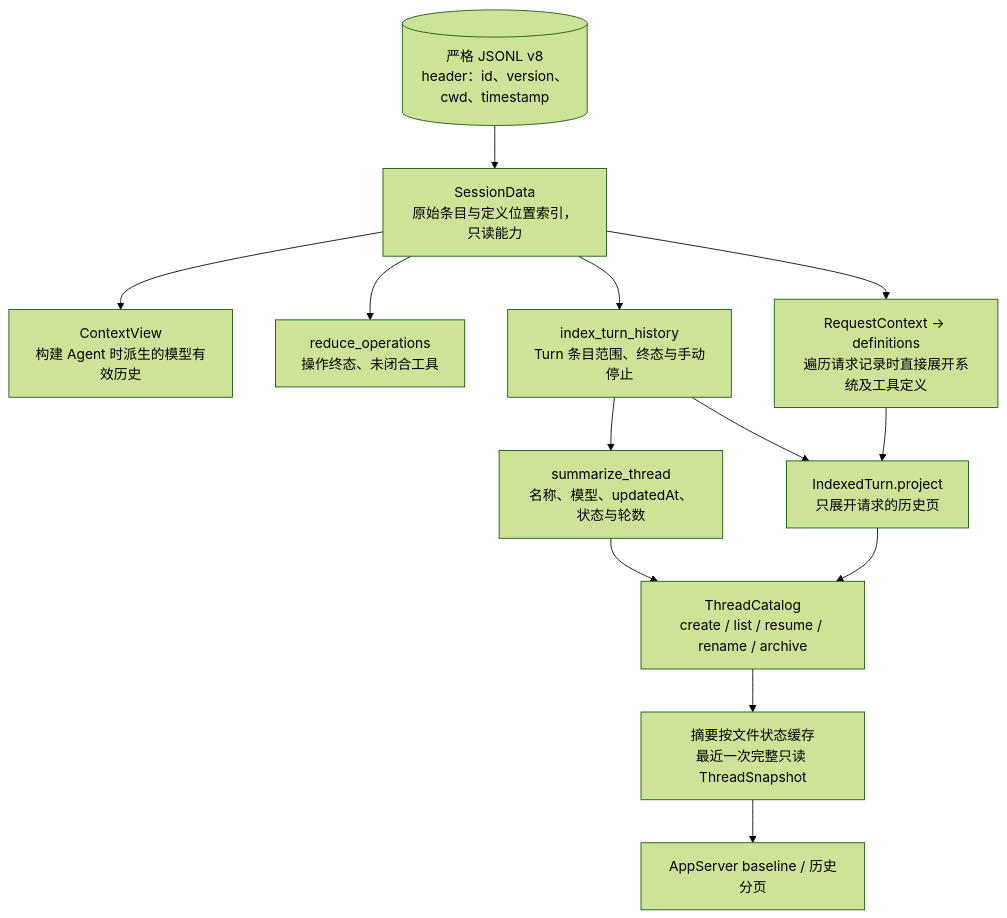
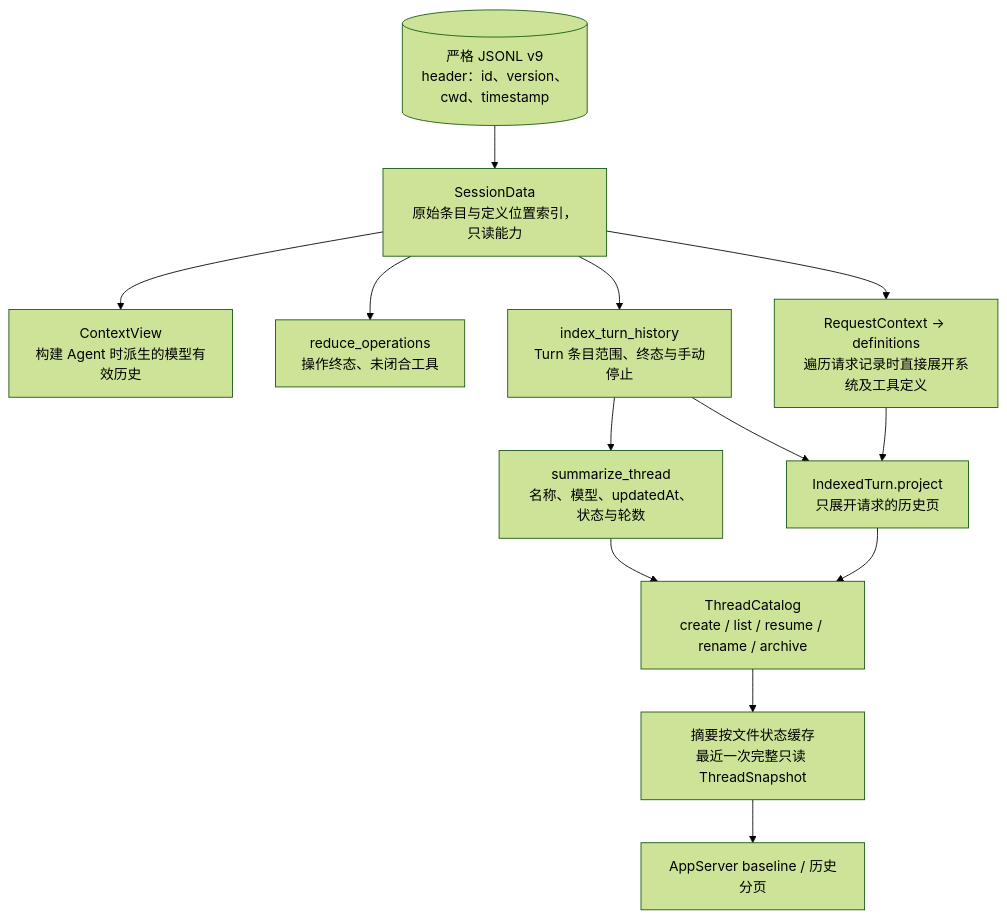
One commit to qjcnmd/singularity-agent changed diagram 27 of 29 in docs/architecture.md. Above: the diagram before and after it, drawn with Mermaid (forest theme). The commit also changed other lines of this file and 27 other files, not shown here.

````diff
--- a/docs/architecture.md
+++ b/docs/architecture.md
@@ -744,16 +746,16 @@
 ```mermaid
 flowchart TB
-    JSONL[("严格 JSONL v8<br/>header：id、version、cwd、timestamp")]
+    JSONL[("严格 JSONL v9<br/>header：id、version、cwd、timestamp")]
     JSONL --> Data["SessionData<br/>原始条目与定义位置索引，只读能力"]
     Data --> Context["ContextView<br/>构建 Agent 时派生的模型有效历史"]
     Data --> Operations["reduce_operations<br/>操作终态、未闭合工具"]
     Data --> Turns["index_turn_history<br/>Turn 条目范围、终态与手动停止"]
     Turns --> Summary["summarize_thread<br/>名称、模型、updatedAt、状态与轮数"]
     Turns --> Page["IndexedTurn.project<br/>只展开请求的历史页"]
     Data --> Requests["RequestContext → definitions<br/>遍历请求记录时直接展开系统及工具定义"]
     Summary --> Catalog["ThreadCatalog<br/>create / list / resume / rename / archive"]
     Page --> Catalog
     Requests --> Page
     Catalog --> Cache["摘要按文件状态缓存<br/>最近一次完整只读 ThreadSnapshot"]
     Cache --> WB["AppServer baseline / 历史分页"]
 ```
````
